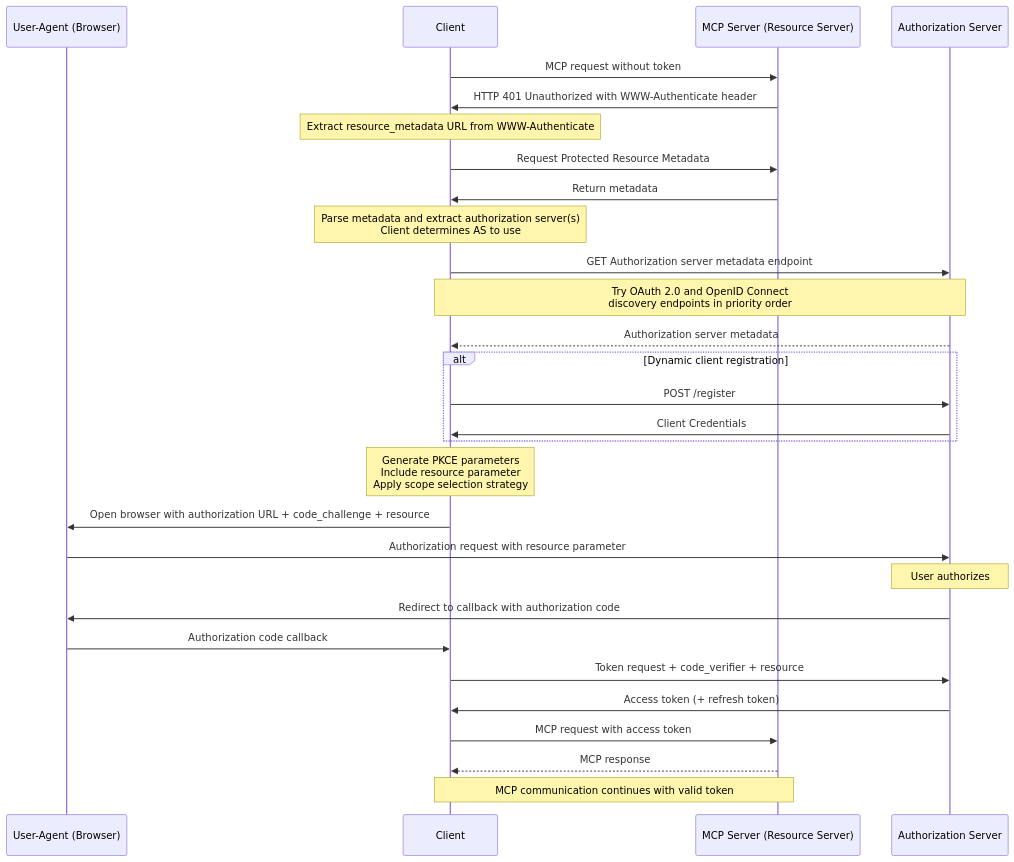
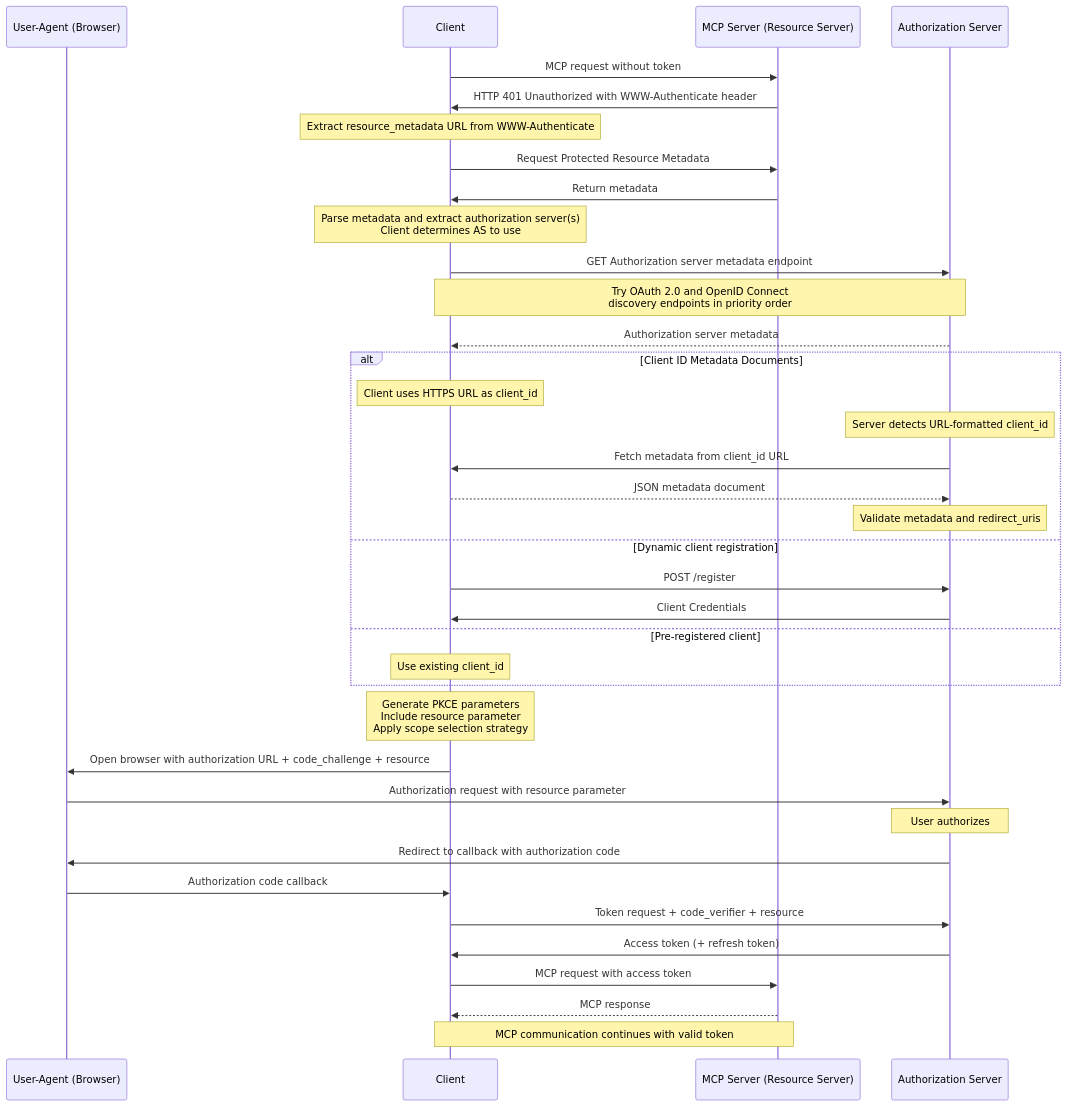
One commit to scottslewis/modelcontextprotocol changed the third of 3 diagrams in docs/specification/draft/basic/authorization.mdx. Above: the diagram before and after it, drawn with Mermaid. The commit also changed other lines of this file and 1 other file, not shown here.

First line of the commit message:
SEP-991 specification changes; OAuth client id metadata document (#1296)

````diff
--- a/docs/specification/draft/basic/authorization.mdx
+++ b/docs/specification/draft/basic/authorization.mdx
@@ -240,37 +349,45 @@
 ```mermaid
 sequenceDiagram
     participant B as User-Agent (Browser)
     participant C as Client
     participant M as MCP Server (Resource Server)
     participant A as Authorization Server
 
     C->>M: MCP request without token
     M->>C: HTTP 401 Unauthorized with WWW-Authenticate header
     Note over C: Extract resource_metadata URL from WWW-Authenticate
 
     C->>M: Request Protected Resource Metadata
     M->>C: Return metadata
 
     Note over C: Parse metadata and extract authorization server(s)<br/>Client determines AS to use
 
     C->>A: GET Authorization server metadata endpoint
     Note over C,A: Try OAuth 2.0 and OpenID Connect<br/>discovery endpoints in priority order
     A-->>C: Authorization server metadata
 
-    alt Dynamic client registration
+    alt Client ID Metadata Documents
+        Note over C: Client uses HTTPS URL as client_id
+        Note over A: Server detects URL-formatted client_id
+        A->>C: Fetch metadata from client_id URL
+        C-->>A: JSON metadata document
+        Note over A: Validate metadata and redirect_uris
+    else Dynamic client registration
         C->>A: POST /register
         A->>C: Client Credentials
+    else Pre-registered client
+        Note over C: Use existing client_id
     end
 
     Note over C: Generate PKCE parameters<br/>Include resource parameter<br/>Apply scope selection strategy
     C->>B: Open browser with authorization URL + code_challenge + resource
     B->>A: Authorization request with resource parameter
     Note over A: User authorizes
     A->>B: Redirect to callback with authorization code
     B->>C: Authorization code callback
     C->>A: Token request + code_verifier + resource
     A->>C: Access token (+ refresh token)
     C->>M: MCP request with access token
     M-->>C: MCP response
     Note over C,M: MCP communication continues with valid token
 ```
````
